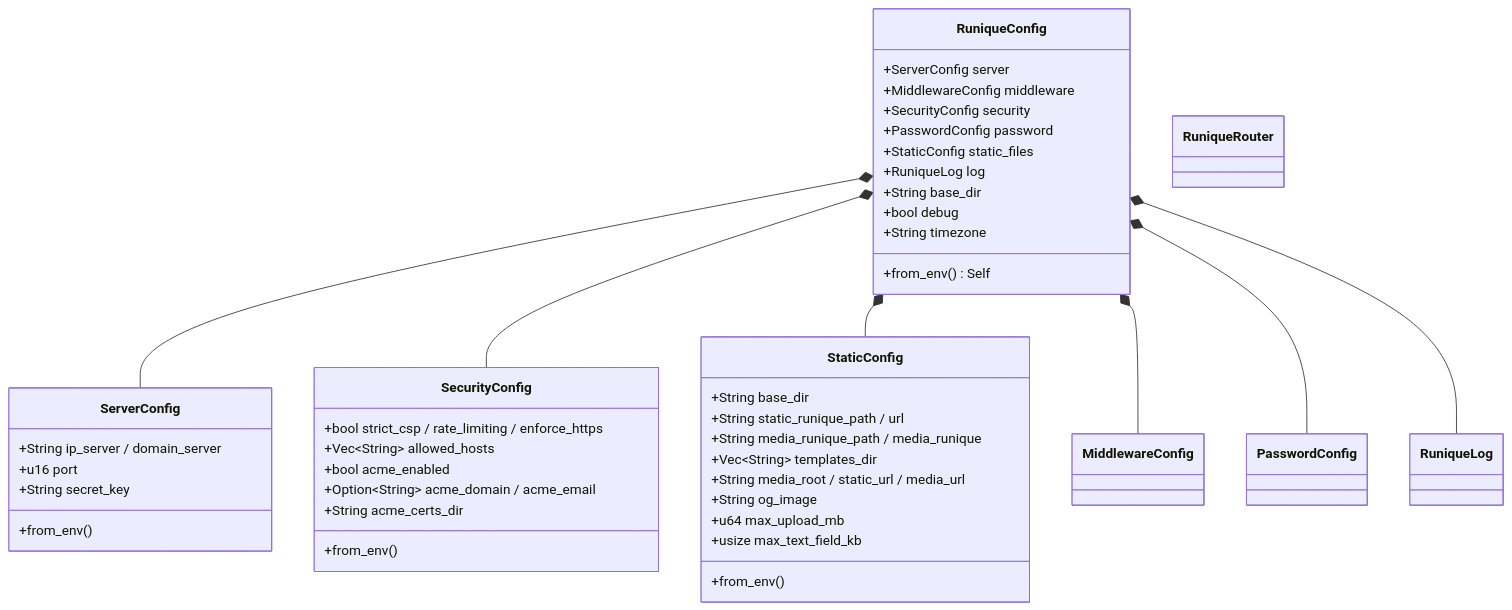
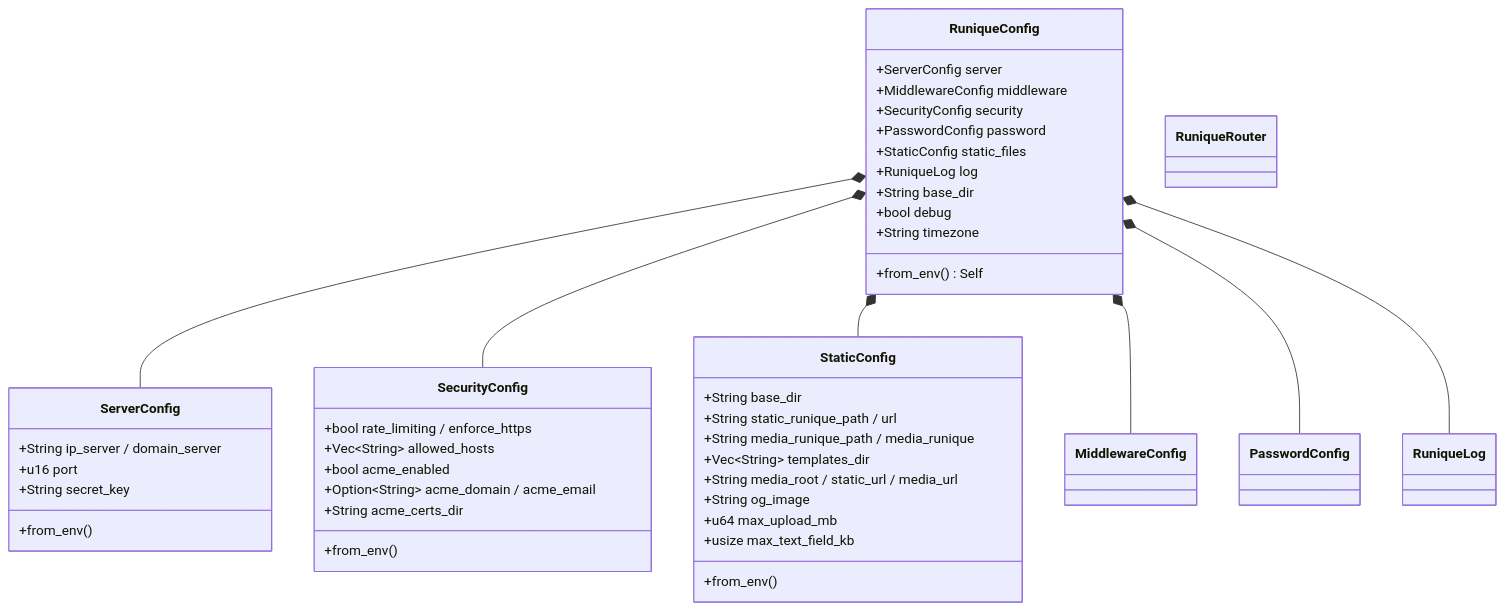
Before and after one commit to seb-alliot/runique: the first of 2 diagrams in diagramme/uml/config/configuration.md, drawn with Mermaid. The commit also changed 42 other files, not shown here.

````diff
--- a/diagramme/uml/config/configuration.md
+++ b/diagramme/uml/config/configuration.md
@@ -7,47 +7,47 @@
 ```mermaid
 classDiagram
     class RuniqueConfig {
         +ServerConfig server
         +MiddlewareConfig middleware
         +SecurityConfig security
         +PasswordConfig password
         +StaticConfig static_files
         +RuniqueLog log
         +String base_dir
         +bool debug
         +String timezone
         +from_env() Self
     }
     class ServerConfig {
         +String ip_server / domain_server
         +u16 port
         +String secret_key
         +from_env()
     }
     class SecurityConfig {
-        +bool strict_csp / rate_limiting / enforce_https
+        +bool rate_limiting / enforce_https
         +Vec~String~ allowed_hosts
         +bool acme_enabled
         +Option~String~ acme_domain / acme_email
         +String acme_certs_dir
         +from_env()
     }
     class StaticConfig {
         +String base_dir
         +String static_runique_path / url
         +String media_runique_path / media_runique
         +Vec~String~ templates_dir
         +String media_root / static_url / media_url
         +String og_image
         +u64 max_upload_mb
         +usize max_text_field_kb
         +from_env()
     }
     class RuniqueRouter
     RuniqueConfig *-- ServerConfig
     RuniqueConfig *-- SecurityConfig
     RuniqueConfig *-- StaticConfig
     RuniqueConfig *-- MiddlewareConfig
     RuniqueConfig *-- PasswordConfig
     RuniqueConfig *-- RuniqueLog
 ```
````
